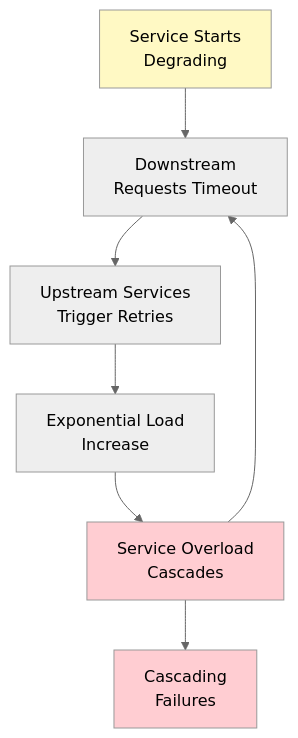
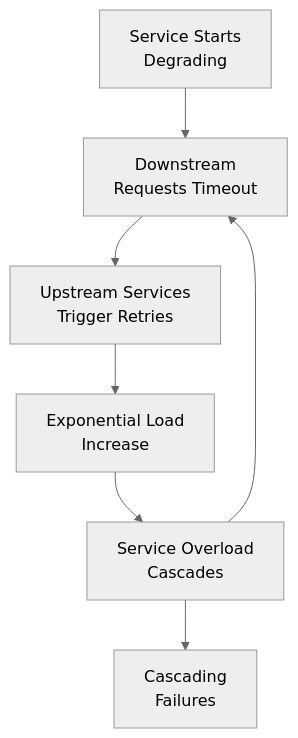
One commit to avanderw/avanderw.github.io changed the second of 2 diagrams in static/blog/20260923T101117_the-retry-cost.md. Above: the diagram before and after it, drawn with Mermaid (neutral theme). The commit also changed other lines of this file, not shown here.

````diff
--- a/static/blog/20260923T101117_the-retry-cost.md
+++ b/static/blog/20260923T101117_the-retry-cost.md
@@ -56,20 +47,16 @@
 ```mermaid
 graph TB
     A["Service Starts<br/>Degrading"]
     B["Downstream<br/>Requests Timeout"]
     C["Upstream Services<br/>Trigger Retries"]
     D["Exponential Load<br/>Increase"]
     E["Service Overload<br/>Cascades"]
     F["Cascading<br/>Failures"]
     
     A --> B
     B --> C
     C --> D
     D --> E
     E --> B
     E --> F
-    
-    style A fill:#fff9c4
-    style F fill:#ffcdd2
-    style E fill:#ffcdd2
 ```
````
